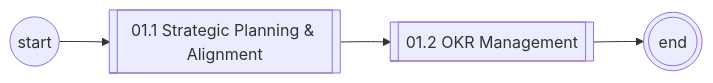
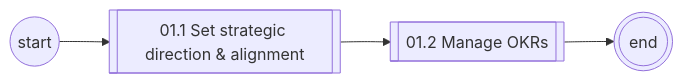
Before and after one commit to corbyjames/apptio-process-catalog: the first of 3 diagrams in diagrams/mermaid/area-01.md, drawn with Mermaid. The commit also changed other lines of this file and 251 other files, not shown here.

````diff
--- a/diagrams/mermaid/area-01.md
+++ b/diagrams/mermaid/area-01.md
@@ -7,9 +7,9 @@
 ```mermaid
 flowchart LR
   S((start))
-  N01_1[["01.1 Strategic Planning & Alignment"]]
+  N01_1[["01.1 Set strategic direction & alignment"]]
   S --> N01_1
-  N01_2[["01.2 OKR Management"]]
+  N01_2[["01.2 Manage OKRs"]]
   N01_1 --> N01_2
   N01_2 --> E(((end)))
 ```
````
